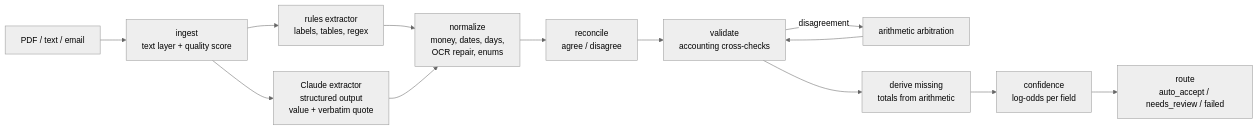
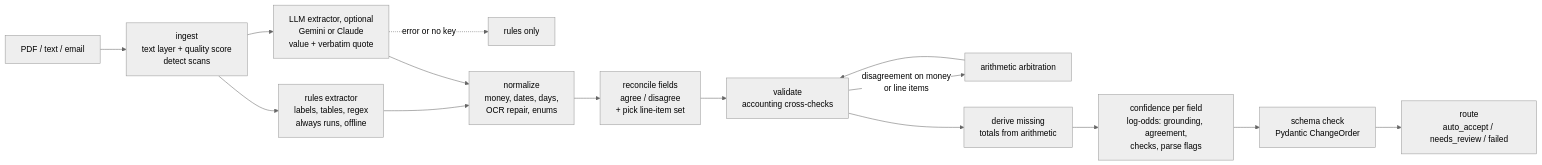
Before and after one commit to Muaaz-Butt/change-order-extractor: the diagram in README.md, drawn with Mermaid (neutral theme). The commit also changed other lines of this file, not shown here.

Commit message:
README: update architecture section to match the pipeline (Gemini, fallback, line items, derive, schema, routing)

````diff
--- a/README.md
+++ b/README.md
@@ -149,15 +149,17 @@
 ```mermaid
 flowchart LR
-    A[PDF / text / email] --> B[ingest<br/>text layer + quality score]
-    B --> C1[rules extractor<br/>labels, tables, regex]
-    B --> C2[Claude extractor<br/>structured output<br/>value + verbatim quote]
+    A[PDF / text / email] --> B[ingest<br/>text layer + quality score<br/>detect scans]
+    B --> C1[rules extractor<br/>labels, tables, regex<br/>always runs, offline]
+    B --> C2[LLM extractor, optional<br/>Gemini or Claude<br/>value + verbatim quote]
+    C2 -. error or no key .-> X[rules only]
     C1 --> D[normalize<br/>money, dates, days,<br/>OCR repair, enums]
     C2 --> D
-    D --> E[reconcile<br/>agree / disagree]
+    D --> E[reconcile fields<br/>agree / disagree<br/>+ pick line-item set]
     E --> F[validate<br/>accounting cross-checks]
-    F -->|disagreement| G[arithmetic arbitration]
+    F -->|disagreement on money<br/>or line items| G[arithmetic arbitration]
     G --> F
     F --> H[derive missing<br/>totals from arithmetic]
-    H --> I[confidence<br/>log-odds per field]
-    I --> J[route<br/>auto_accept / needs_review / failed]
+    H --> I[confidence per field<br/>log-odds: grounding, agreement,<br/>checks, parse flags]
+    I --> K[schema check<br/>Pydantic ChangeOrder]
+    K --> J[route<br/>auto_accept / needs_review / failed]
 ```
````
